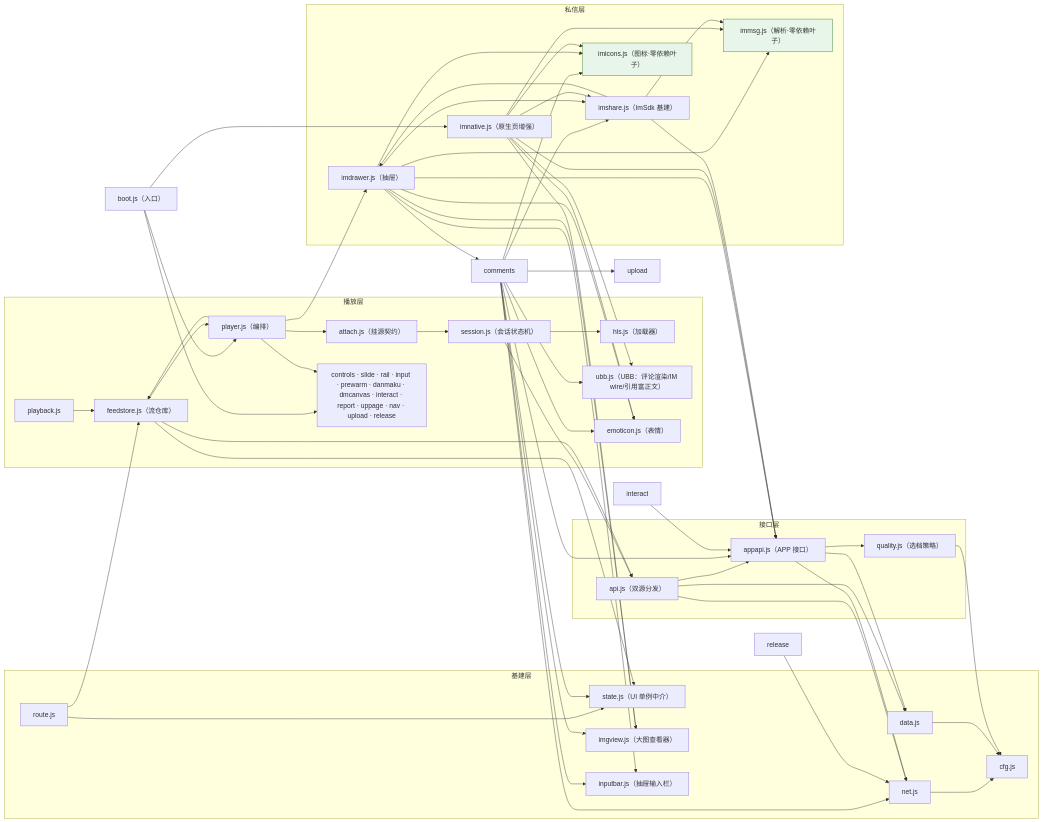
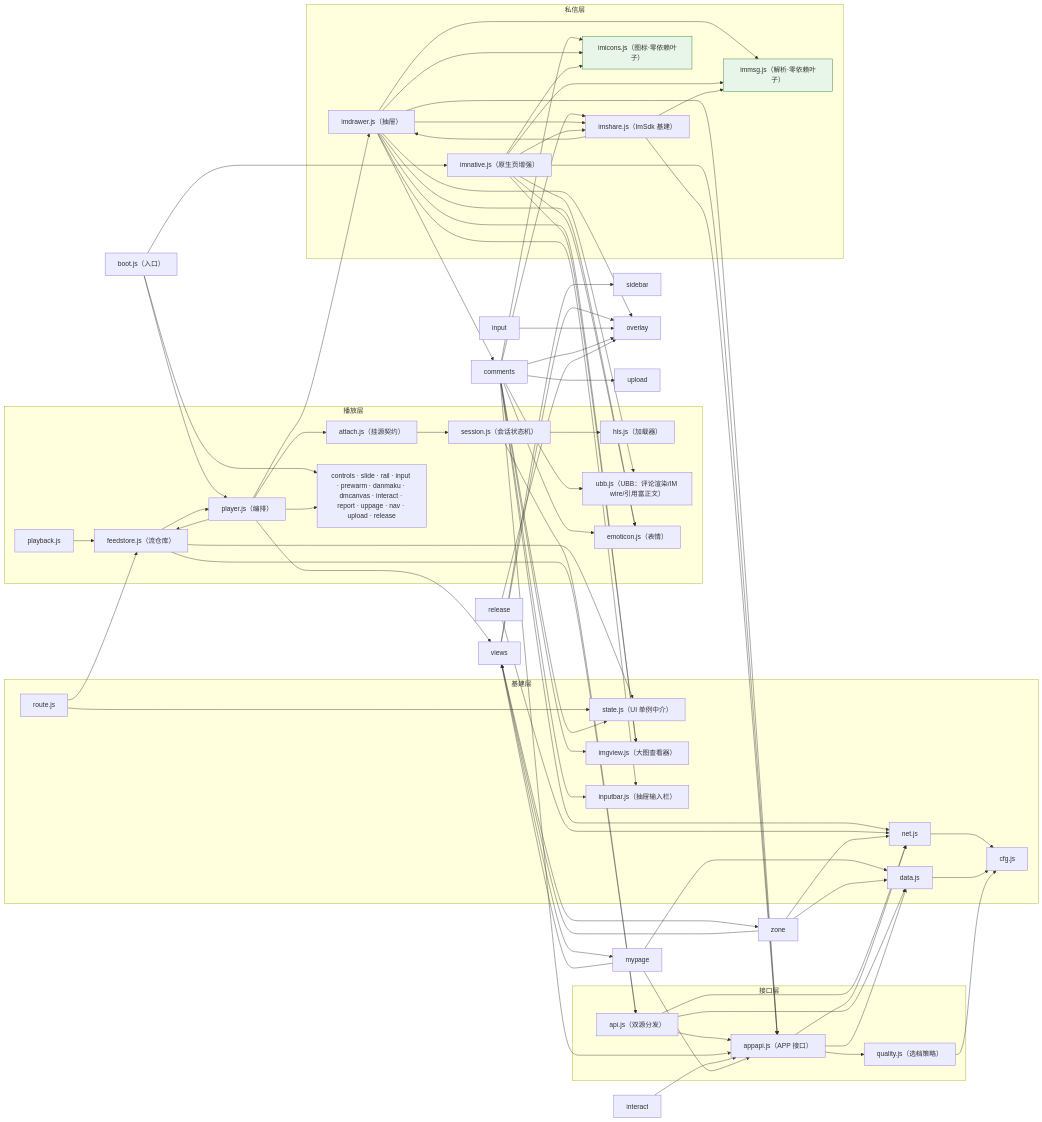
One commit to name-xxl/acfun-svfeed changed the diagram in README.md. Above: the diagram before and after it, drawn with Mermaid. The commit also changed other lines of this file and 24 other files, not shown here.

````diff
--- a/README.md
+++ b/README.md
@@ -1226,64 +1283,68 @@
 ```mermaid
 flowchart LR
   subgraph base["基建层"]
     cfg["cfg.js"]
     net["net.js"]
     data["data.js"]
     state["state.js（UI 单例中介）"]
     route["route.js"]
     imgview["imgview.js（大图查看器）"]
     inputbar["inputbar.js（抽屉输入栏）"]
   end
 
   subgraph apilayer["接口层"]
     api["api.js（双源分发）"]
     appapi["appapi.js（APP 接口）"]
     quality["quality.js（选档策略）"]
   end
 
   subgraph play["播放层"]
     hls["hls.js（加载器）"]
     session["session.js（会话状态机）"]
     attach["attach.js（挂源契约）"]
     player["player.js（编排）"]
     feedstore["feedstore.js（流仓库）"]
     pb["playback.js"]
     ubb["ubb.js（UBB：评论渲染/IM wire/引用富正文）"]
     emoticon["emoticon.js（表情）"]
     others["controls · slide · rail · input · prewarm · danmaku · dmcanvas · interact · report · uppage · nav · upload · release"]
   end
 
   subgraph im["私信层"]
     imshare["imshare.js（ImSdk 基建）"]
     imdrawer["imdrawer.js（抽屉）"]
     imnative["imnative.js（原生页增强）"]
     immsg["immsg.js（解析·零依赖叶子）"]
     imicons["imicons.js（图标·零依赖叶子）"]
   end
 
   boot["boot.js（入口）"]
 
   net --> cfg
   data --> cfg
   route --> state & feedstore
   quality --> cfg
 
   api --> net & data & appapi
   appapi --> net & data & quality
 
   boot --> player & others & imnative
-  player --> attach & others & feedstore & imdrawer
+  player --> attach & others & feedstore & imdrawer & views
+  views --> sidebar & overlay & mypage & zone
+  input --> overlay
+  comments --> ubb & emoticon & inputbar & imgview & appapi & net & upload & state & imicons & imshare & overlay
   attach --> session
   session --> api & hls
   pb --> feedstore
   feedstore --> api & state & player
-  comments --> ubb & emoticon & inputbar & imgview & appapi & net & upload & state & imicons & imshare
   interact --> appapi
-  release --> net
-  imdrawer --> imshare & immsg & imicons & appapi & emoticon & inputbar & imgview & comments
+  release --> net & overlay
+  imdrawer --> imshare & immsg & imicons & appapi & emoticon & inputbar & imgview & comments & overlay
   imnative --> immsg & imicons & appapi & imshare & emoticon & ubb & imgview
   imshare --> appapi & imdrawer & immsg
+  mypage --> appapi & data & views
+  zone --> net & data & views
 
   classDef leaf fill:#e8f5e9,stroke:#2e7d32;
   class immsg,imicons leaf;
 ```
````
